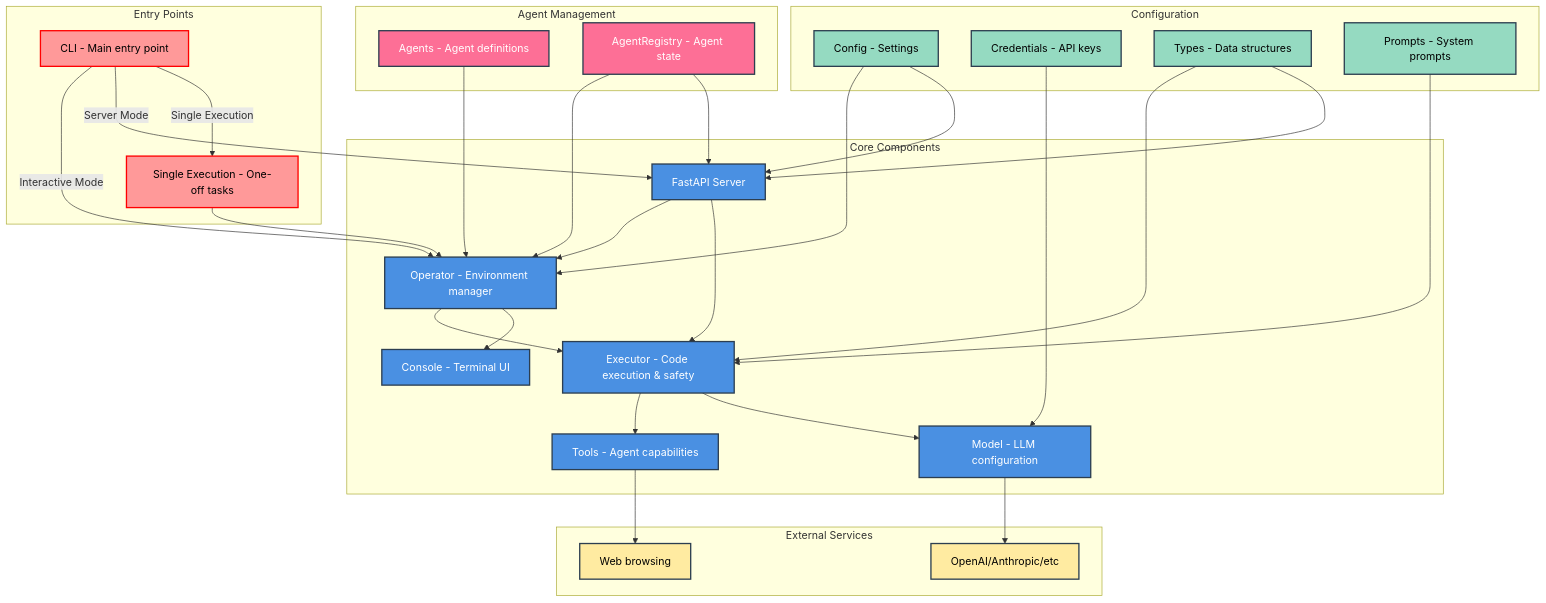
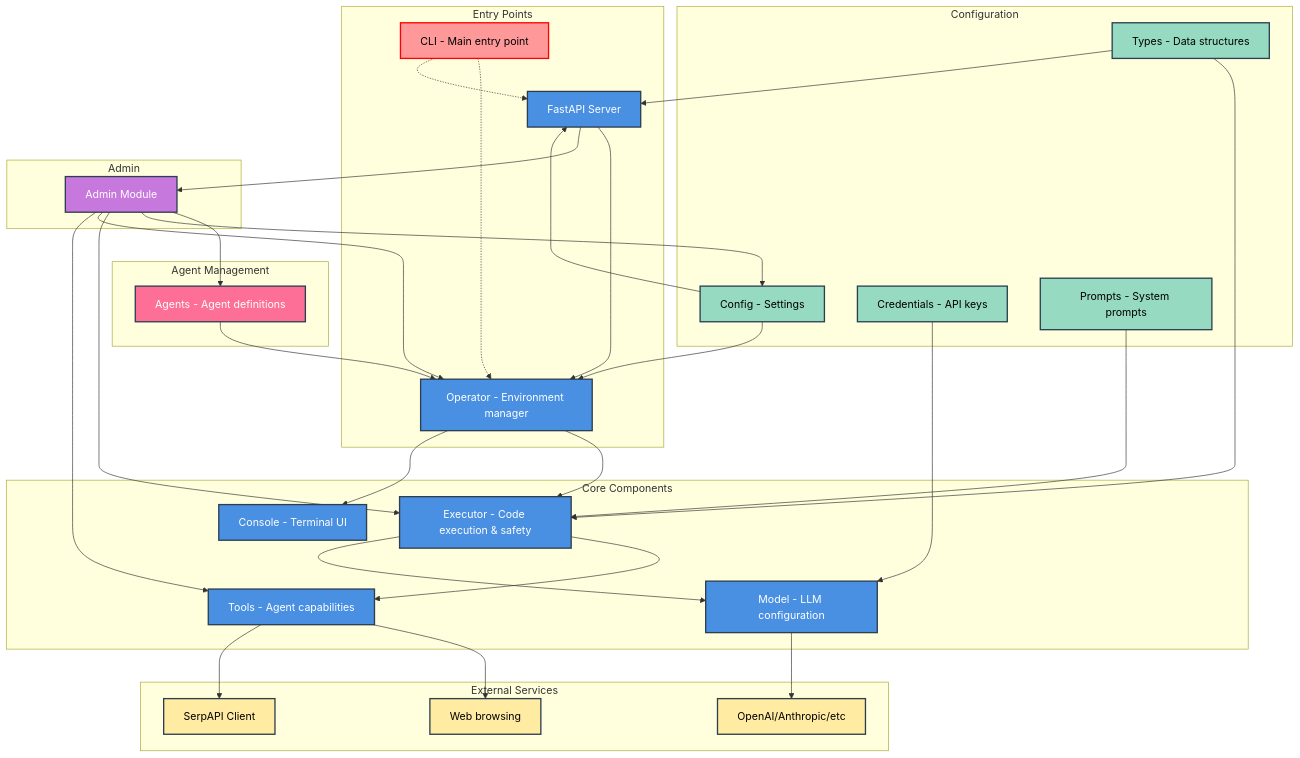
The diagram in docs/dependencies.md (damianvtran/local-operator), drawn with Mermaid before and after one commit. The commit also changed 1 other file, not shown here.

Commit message:
docs: Update architecture diagram and clarify reading instructions

````diff
--- a/docs/dependencies.md
+++ b/docs/dependencies.md
@@ -13,8 +13,8 @@
 ```mermaid
 graph TB
     subgraph Entry Points
-        CLI[cli.py]
-        SingleExec[Single Execution Mode]
+        CLI[cli.py] -.-> Operator
+        CLI -.-> FastAPI
     end
 
     subgraph Core Components
@@ -23,7 +23,7 @@
         Tools[tools.py]
         Model[model.py]
         Console[console.py]
-        FastAPI[FastAPI Server]
+        FastAPI[server.py]
     end
 
     subgraph Configuration
@@ -35,27 +35,25 @@
 
     subgraph Agent Management
         Agents[agents.py]
-        AgentRegistry[AgentRegistry]
     end
 
     subgraph External Services
         LLMProviders[LLM Providers]
         Browser[Playwright Browser]
+        SerpAPIClient[serpapi.py]
     end
 
-    %% Entry point flows
-    CLI --> |Interactive Mode| Operator
-    CLI --> |Server Mode| FastAPI
-    CLI --> |Single Execution| SingleExec
-    SingleExec --> Operator
-    FastAPI --> Operator
+    subgraph Admin
+        AdminModule[admin.py]
+    end
 
     %% Core component relationships
     Operator --> Executor
     Operator --> Console
     Executor --> Tools
     Executor --> Model
-    FastAPI --> Executor
+    FastAPI --> Operator
+    FastAPI --> AdminModule
     
     %% Configuration flows
     Config --> Operator
@@ -67,12 +65,17 @@
     
     %% Agent management
     Agents --> Operator
-    AgentRegistry --> Operator
-    AgentRegistry --> FastAPI
     
     %% External integrations  
     Model --> LLMProviders
     Tools --> Browser
+    Tools --> SerpAPIClient
+
+    AdminModule --> Agents
+    AdminModule --> Config
+    AdminModule --> Executor
+    AdminModule --> Operator
+    AdminModule --> Tools
 
     %% Component descriptions
     classDef entryPoint fill:#ff9999,stroke:#ff0000,stroke-width:2px,color:#000
@@ -80,16 +83,17 @@
     classDef config fill:#95DAC1,stroke:#2c3e50,stroke-width:2px,color:#000
     classDef agent fill:#FD6F96,stroke:#2c3e50,stroke-width:2px,color:#fff
     classDef external fill:#FFEBA1,stroke:#2c3e50,stroke-width:2px,color:#000
+    classDef admin fill:#c778dd,stroke:#2c3e50,stroke-width:2px,color:#fff
 
-    class CLI,SingleExec entryPoint
+    class CLI entryPoint
     class Operator,Executor,Tools,Model,Console,FastAPI core
     class Config,Credentials,Types,Prompts config
-    class Agents,AgentRegistry agent
-    class LLMProviders,Browser external
+    class Agents agent
+    class LLMProviders,Browser,SerpAPIClient external
+    class AdminModule admin
 
     %% Descriptions
     CLI[CLI - Main entry point]
-    SingleExec[Single Execution - One-off tasks]
     Operator[Operator - Environment manager]
     Executor[Executor - Code execution & safety]
     Tools[Tools - Agent capabilities]
@@ -101,7 +105,8 @@
     Types[Types - Data structures]
     Prompts[Prompts - System prompts]
     Agents[Agents - Agent definitions]
-    AgentRegistry[AgentRegistry - Agent state]
     LLMProviders[OpenAI/Anthropic/etc]
     Browser[Web browsing]
+    SerpAPIClient[SerpAPI Client]
+    AdminModule[Admin Module]
 ```
````
